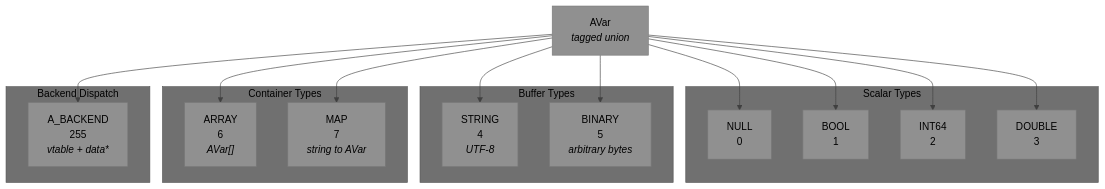
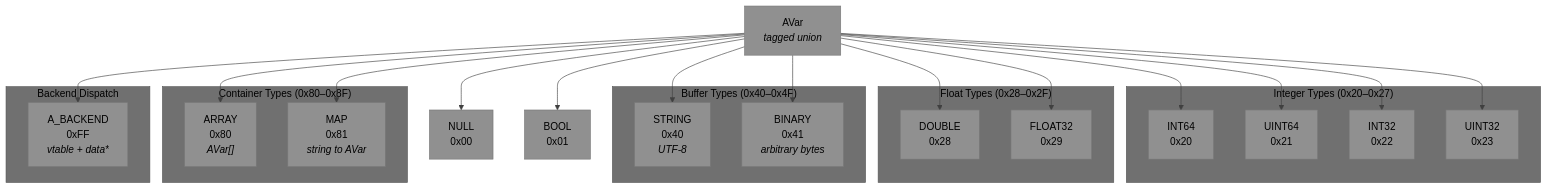
Before and after one commit to visionik/anyvar: the second of 11 diagrams in README.md, drawn with Mermaid. The commit also changed other lines of this file, not shown here.

Commit message:
feat: add INT32, UINT32, FLOAT32, UINT64; hex enum; category check macros (v0.4.0)

````diff
--- a/README.md
+++ b/README.md
@@ -68,36 +68,47 @@
 ```mermaid
 %%{init: {'theme': 'base', 'themeVariables': { 'primaryColor': '#909090', 'secondaryColor': '#808080', 'tertiaryColor': '#707070', 'primaryTextColor': '#000000', 'secondaryTextColor': '#000000', 'tertiaryTextColor': '#000000', 'noteTextColor': '#000000', 'lineColor': '#404040' }}}%%
 graph TD
     AV["AVar<br/><i>tagged union</i>"]
+    N["NULL<br/>0x00"]
+    B["BOOL<br/>0x01"]
 
-    subgraph "Scalar Types"
-        N["NULL<br/>0"]
-        B["BOOL<br/>1"]
-        I["INT64<br/>2"]
-        D["DOUBLE<br/>3"]
+    subgraph "Integer Types  (0x20–0x27)"
+        I64["INT64<br/>0x20"]
+        U64["UINT64<br/>0x21"]
+        I32["INT32<br/>0x22"]
+        U32["UINT32<br/>0x23"]
     end
 
-    subgraph "Buffer Types"
-        S["STRING<br/>4<br/><i>UTF-8</i>"]
-        BN["BINARY<br/>5<br/><i>arbitrary bytes</i>"]
+    subgraph "Float Types  (0x28–0x2F)"
+        DBL["DOUBLE<br/>0x28"]
+        F32["FLOAT32<br/>0x29"]
     end
 
-    subgraph "Container Types"
-        A["ARRAY<br/>6<br/><i>AVar[]</i>"]
-        M["MAP<br/>7<br/><i>string to AVar</i>"]
+    subgraph "Buffer Types  (0x40–0x4F)"
+        S["STRING<br/>0x40<br/><i>UTF-8</i>"]
+        BN["BINARY<br/>0x41<br/><i>arbitrary bytes</i>"]
+    end
+
+    subgraph "Container Types  (0x80–0x8F)"
+        A["ARRAY<br/>0x80<br/><i>AVar[]</i>"]
+        M["MAP<br/>0x81<br/><i>string to AVar</i>"]
     end
 
     subgraph "Backend Dispatch"
-        C["A_BACKEND<br/>255<br/><i>vtable + data*</i>"]
+        C["A_BACKEND<br/>0xFF<br/><i>vtable + data*</i>"]
     end
 
     AV --> N
     AV --> B
-    AV --> I
-    AV --> D
+    AV --> I64
+    AV --> U64
+    AV --> I32
+    AV --> U32
+    AV --> DBL
+    AV --> F32
     AV --> S
     AV --> BN
     AV --> A
     AV --> M
     AV --> C
 ```
````
